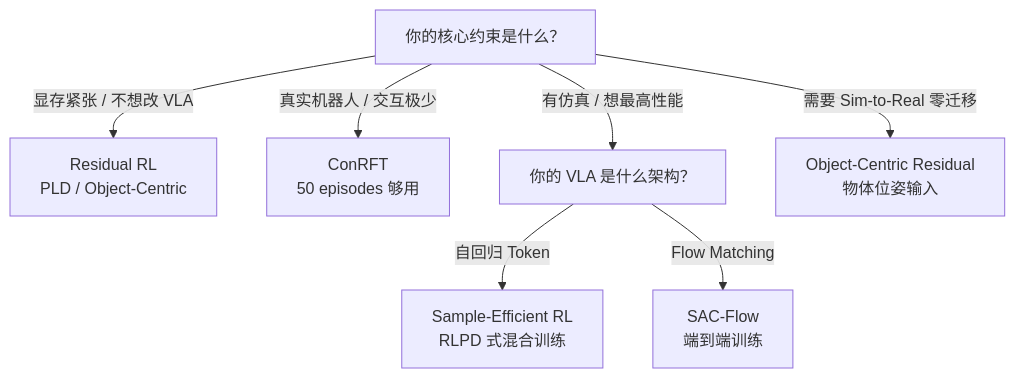
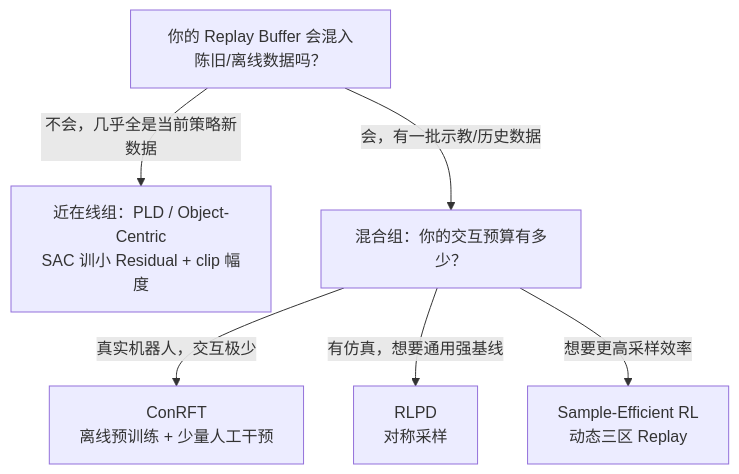
Before and after one commit to endlesscollider/paper: the second of 2 diagrams in 论文综述/S13_VLA_Off_Policy_RL方法综述.md, drawn with Mermaid. The commit also changed other lines of this file and 739 other files, not shown here.

First line of the commit message:
docs: 更新文章、系列与论文综述，新增配图与绘图脚本

````diff
--- a/论文综述/S13_VLA_Off_Policy_RL方法综述.md
+++ b/论文综述/S13_VLA_Off_Policy_RL方法综述.md
@@ -354,9 +229,8 @@
 ```mermaid
 flowchart TD
-    A["你的核心约束是什么？"] -->|显存紧张 / 不想改 VLA| B["Residual RL<br/>PLD / Object-Centric"]
-    A -->|真实机器人 / 交互极少| C["ConRFT<br/>50 episodes 够用"]
-    A -->|有仿真 / 想最高性能| D["你的 VLA 是什么架构？"]
-    D -->|自回归 Token| E["Sample-Efficient RL<br/>RLPD 式混合训练"]
-    D -->|Flow Matching| F["SAC-Flow<br/>端到端训练"]
-    A -->|需要 Sim-to-Real 零迁移| G["Object-Centric Residual<br/>物体位姿输入"]
+    A["你的 Replay Buffer 会混入陈旧/离线数据吗？"] -->|不会，几乎全是当前策略新数据| B["近在线组：PLD / Object-Centric<br/>SAC 训小 Residual + clip 幅度"]
+    A -->|会，有一批示教/历史数据| C["混合组：你的交互预算有多少？"]
+    C -->|真实机器人，交互极少| D["ConRFT<br/>离线预训练 + 少量人工干预"]
+    C -->|有仿真，想要通用强基线| E["RLPD<br/>对称采样"]
+    C -->|想要更高采样效率| F["Sample-Efficient RL<br/>动态三区 Replay"]
 ```
````
